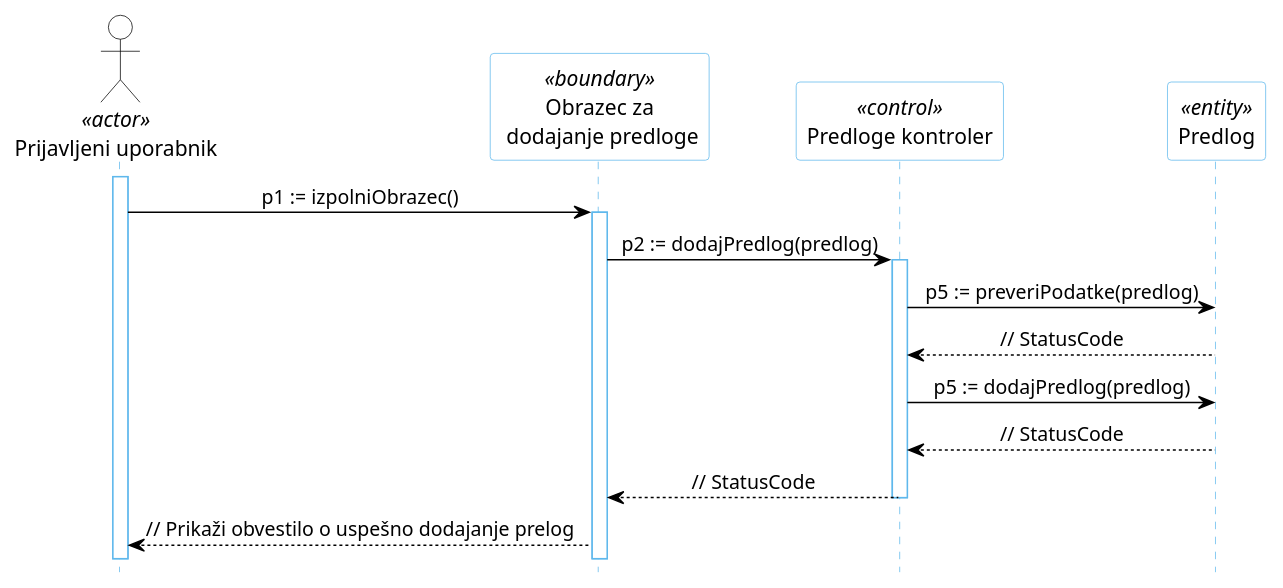
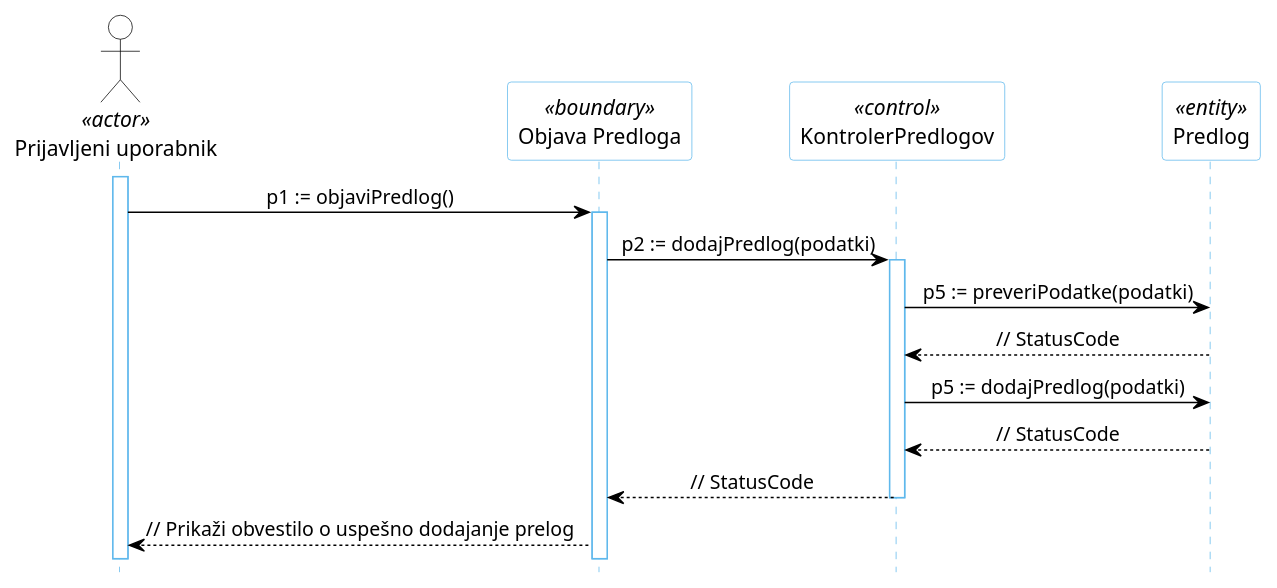
Before and after one commit to kupinah/test-tpo: the diagram in docs/gradivo/plantuml/DZ/dodajanje-predlog-osnovni.puml, drawn with PlantUML. The commit also changed other lines of this file and 10 other files, not shown here.

```diff
--- a/docs/gradivo/plantuml/DZ/dodajanje-predlog-osnovni.puml
+++ b/docs/gradivo/plantuml/DZ/dodajanje-predlog-osnovni.puml
@@ -1,31 +1,31 @@
 @startuml
 hide footbox
 
 skinparam backgroundcolor transparent
 skinparam defaultTextAlignment center
 skinparam actorBorderColor black
 skinparam actorBackgroundColor white
 skinparam arrowColor black
 skinparam sequenceLifeLineBorderColor #5FB8EC
 skinparam sequenceParticipantBorderColor #5FB8EC
 skinparam sequenceParticipantBackgroundColor white
 
 actor "Prijavljeni uporabnik" AS U1 <<actor>>
 
-participant "Obrazec za\n dodajanje predloge" as R5 <<boundary>>
-participant "Predloge kontroler" as R2 <<control>>
+participant "Objava Predloga" as R5 <<boundary>>
+participant "KontrolerPredlogov" as R2 <<control>>
 participant "Predlog" as R4 <<entity>>
 
 activate U1
-U1 -> R5: p1 := izpolniObrazec()
+U1 -> R5: p1 := objaviPredlog()
 activate R5
-R5 -> R2: p2 := dodajPredlog(predlog)
+R5 -> R2: p2 := dodajPredlog(podatki)
 activate R2
-R2 -> R4: p5 := preveriPodatke(predlog)
+R2 -> R4: p5 := preveriPodatke(podatki)
 R4 --> R2: // StatusCode
-R2 -> R4: p5 := dodajPredlog(predlog)
+R2 -> R4: p5 := dodajPredlog(podatki)
 R4 --> R2: // StatusCode
 R2 --> R5: // StatusCode
 deactivate R2
 R5 --> U1: // Prikaži obvestilo o uspešno dodajanje prelog
 @enduml
```
